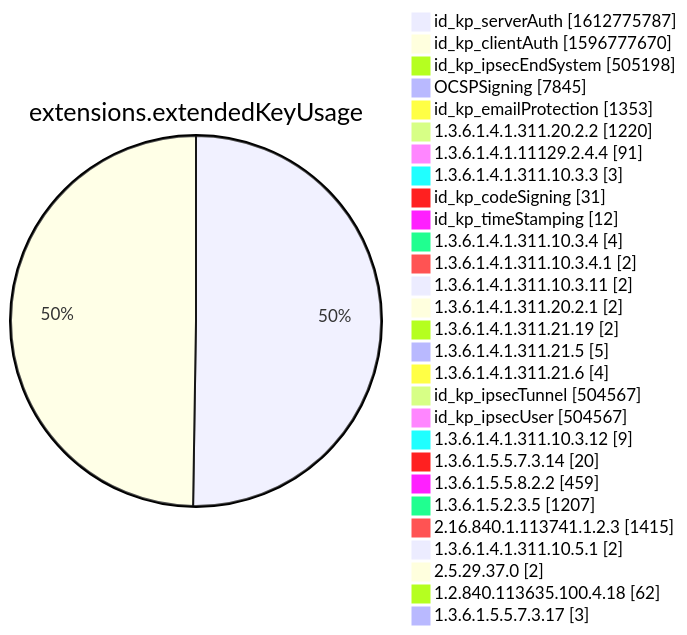
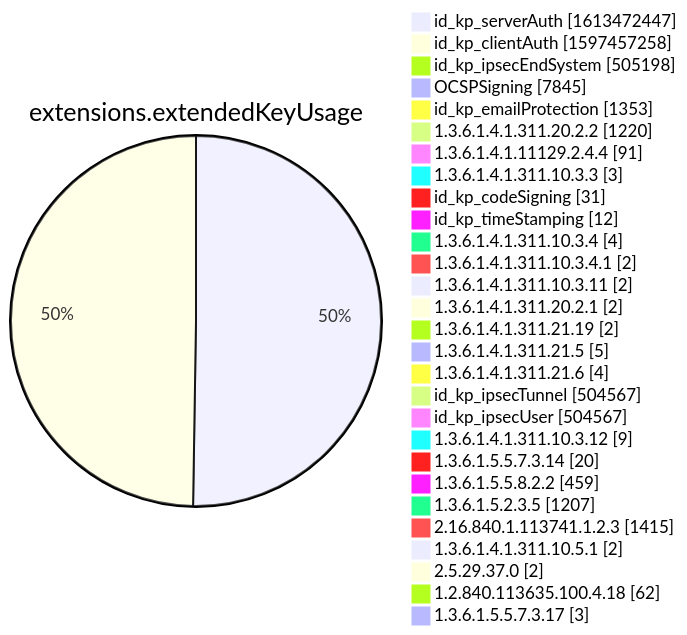
Before and after one commit to christiankrug/ctmonitor_visualization: diagram 12 of 15 in xenon2022/README.md, drawn with Mermaid. The commit also changed other lines of this file, not shown here.

````diff
--- a/xenon2022/README.md
+++ b/xenon2022/README.md
@@ -3885,32 +3885,32 @@
 ```mermaid
 pie showData
 title extensions.extendedKeyUsage
-"id_kp_serverAuth" :1612775787
-"id_kp_clientAuth" :1596777670
+"id_kp_serverAuth" :1613472447
+"id_kp_clientAuth" :1597457258
 "id_kp_ipsecEndSystem" :505198
 "OCSPSigning" :7845
 "id_kp_emailProtection" :1353
 "1.3.6.1.4.1.311.20.2.2" :1220
 "1.3.6.1.4.1.11129.2.4.4" :91
 "1.3.6.1.4.1.311.10.3.3" :3
 "id_kp_codeSigning" :31
 "id_kp_timeStamping" :12
 "1.3.6.1.4.1.311.10.3.4" :4
 "1.3.6.1.4.1.311.10.3.4.1" :2
 "1.3.6.1.4.1.311.10.3.11" :2
 "1.3.6.1.4.1.311.20.2.1" :2
 "1.3.6.1.4.1.311.21.19" :2
 "1.3.6.1.4.1.311.21.5" :5
 "1.3.6.1.4.1.311.21.6" :4
 "id_kp_ipsecTunnel" :504567
 "id_kp_ipsecUser" :504567
 "1.3.6.1.4.1.311.10.3.12" :9
 "1.3.6.1.5.5.7.3.14" :20
 "1.3.6.1.5.5.8.2.2" :459
 "1.3.6.1.5.2.3.5" :1207
 "2.16.840.1.113741.1.2.3" :1415
 "1.3.6.1.4.1.311.10.5.1" :2
 "2.5.29.37.0" :2
 "1.2.840.113635.100.4.18" :62
 "1.3.6.1.5.5.7.3.17" :3
 ```
````
